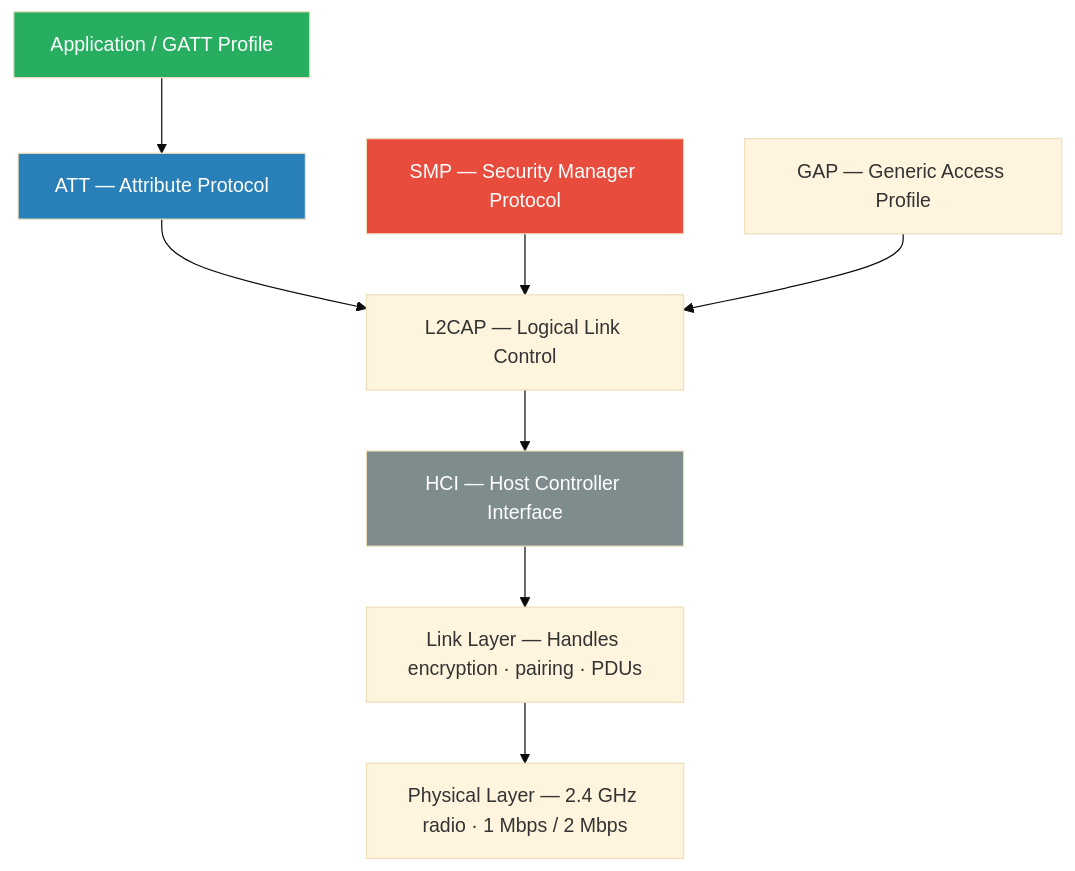
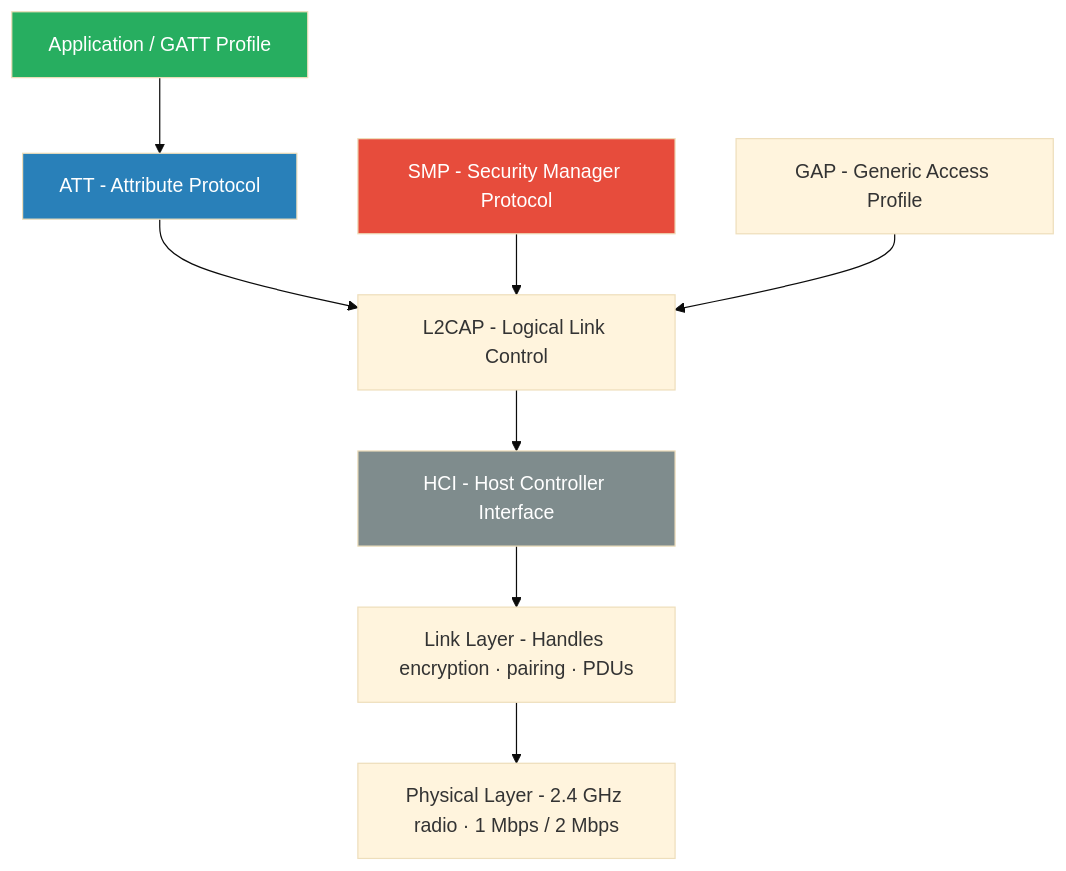
Before and after one commit to V33RU/veera.github.io: the first of 10 diagrams in content/blog/godrej-smart-matic.md, drawn with Mermaid (base theme). The commit also changed other lines of this file and 5 other files, not shown here.

````diff
--- a/content/blog/godrej-smart-matic.md
+++ b/content/blog/godrej-smart-matic.md
@@ -87,16 +87,16 @@
 ```mermaid
 graph TB
-    A[Application / GATT Profile] --> B[ATT — Attribute Protocol]
-    B --> C[L2CAP — Logical Link Control]
-    C --> D[HCI — Host Controller Interface]
-    D --> E[Link Layer — Handles encryption · pairing · PDUs]
-    E --> F[Physical Layer — 2.4 GHz radio · 1 Mbps / 2 Mbps]
+    A[Application / GATT Profile] --> B[ATT - Attribute Protocol]
+    B --> C[L2CAP - Logical Link Control]
+    C --> D[HCI - Host Controller Interface]
+    D --> E[Link Layer - Handles encryption · pairing · PDUs]
+    E --> F[Physical Layer - 2.4 GHz radio · 1 Mbps / 2 Mbps]
 
-    G[SMP — Security Manager Protocol] --> C
-    H[GAP — Generic Access Profile] --> C
+    G[SMP - Security Manager Protocol] --> C
+    H[GAP - Generic Access Profile] --> C
 
     style A fill:#27ae60,color:#fff
     style B fill:#2980b9,color:#fff
     style G fill:#e74c3c,color:#fff
     style D fill:#7f8c8d,color:#fff
 ```
````
